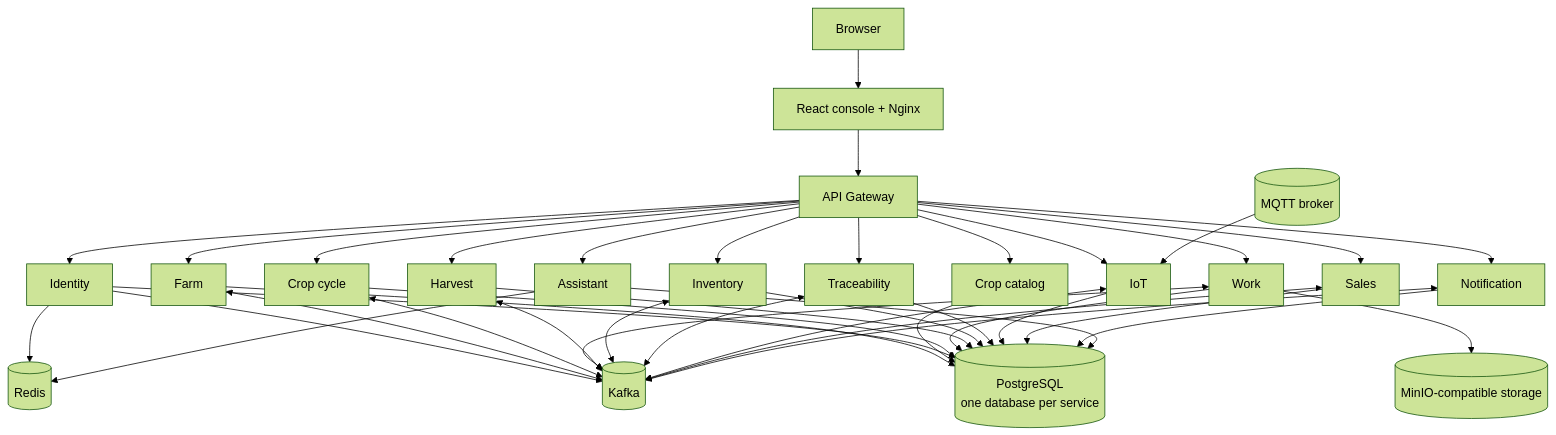
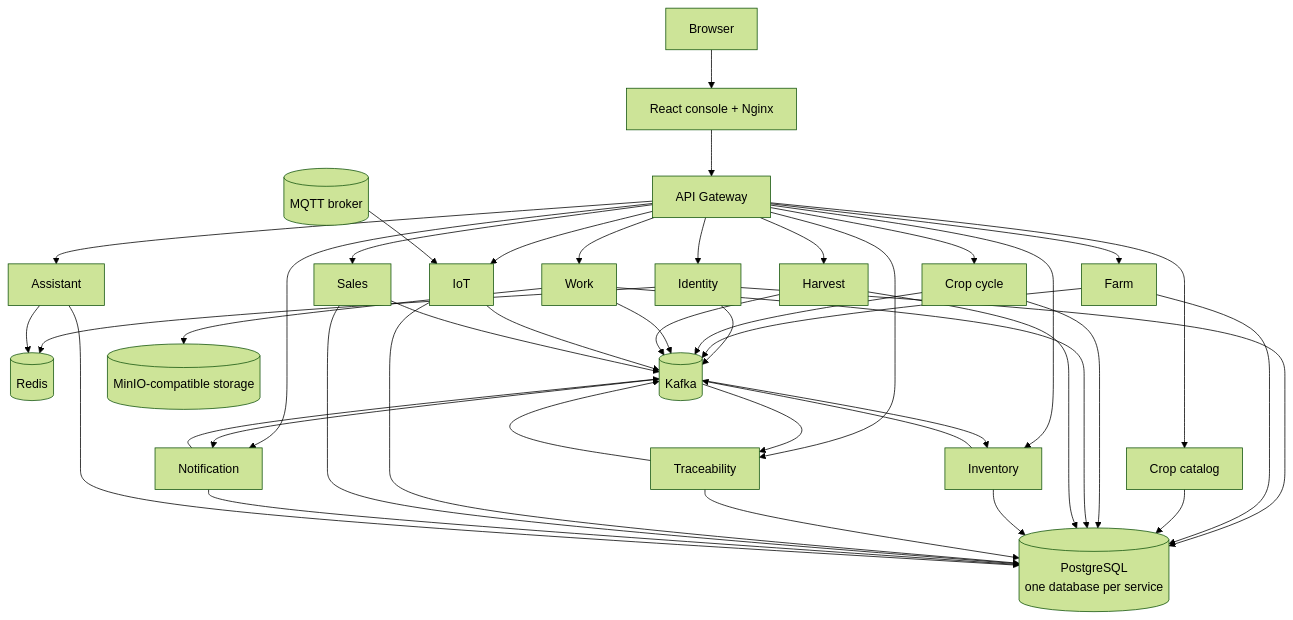
The diagram in docs/diagrams/container-architecture.md (JasonTM17/AgriCore_SpringBoot_Microservices), drawn with Mermaid (forest theme) before and after one commit. The commit also changed 21 other files, not shown here.

````diff
--- a/docs/diagrams/container-architecture.md
+++ b/docs/diagrams/container-architecture.md
@@ -3,68 +3,71 @@
 ```mermaid
 flowchart TB
     browser["Browser"]
     edge["React console + Nginx"]
     gateway["API Gateway"]
 
     identity["Identity"]
     farm["Farm"]
     catalog["Crop catalog"]
     cycle["Crop cycle"]
     work["Work"]
     harvest["Harvest"]
     inventory["Inventory"]
     traceability["Traceability"]
     iot["IoT"]
     sales["Sales"]
     notification["Notification"]
     assistant["Assistant"]
 
     postgres[("PostgreSQL\none database per service")]
     redis[("Redis")]
     kafka[("Kafka")]
     mqtt[("MQTT broker")]
     minio[("MinIO-compatible storage")]
 
     browser --> edge --> gateway
     gateway --> identity
     gateway --> farm
     gateway --> catalog
     gateway --> cycle
     gateway --> work
     gateway --> harvest
     gateway --> inventory
     gateway --> traceability
     gateway --> iot
     gateway --> sales
     gateway --> notification
     gateway --> assistant
 
     identity --> postgres
     farm --> postgres
     catalog --> postgres
     cycle --> postgres
     work --> postgres
     harvest --> postgres
     inventory --> postgres
     traceability --> postgres
     iot --> postgres
     sales --> postgres
     notification --> postgres
     assistant --> postgres
 
     identity --> redis
     assistant --> redis
     mqtt --> iot
     work --> minio
 
     identity --> kafka
-    farm <--> kafka
-    cycle <--> kafka
-    work <--> kafka
-    harvest <--> kafka
-    inventory <--> kafka
-    traceability <--> kafka
-    iot <--> kafka
-    sales <--> kafka
-    notification <--> kafka
+    farm --> kafka
+    cycle --> kafka
+    work --> kafka
+    harvest --> kafka
+    inventory --> kafka
+    traceability --> kafka
+    iot --> kafka
+    sales --> kafka
+    notification --> kafka
+    kafka --> inventory
+    kafka --> traceability
+    kafka --> notification
 ```
````
